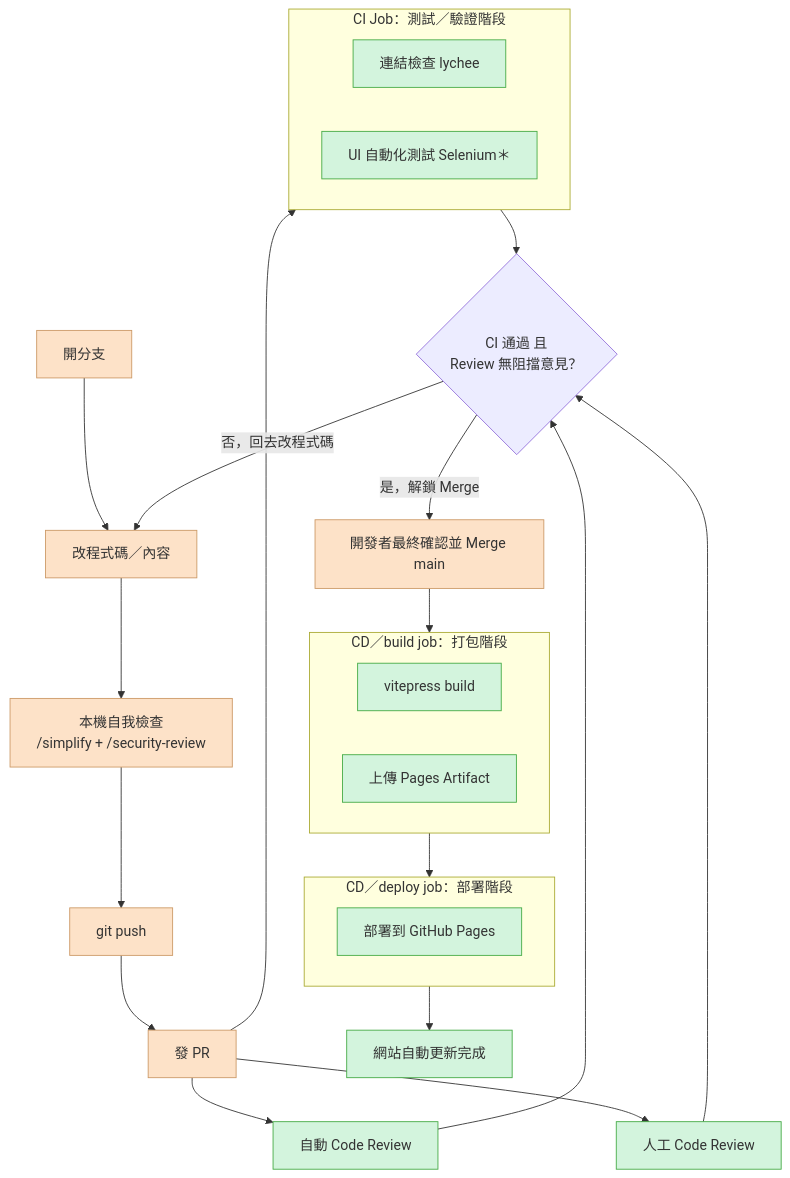
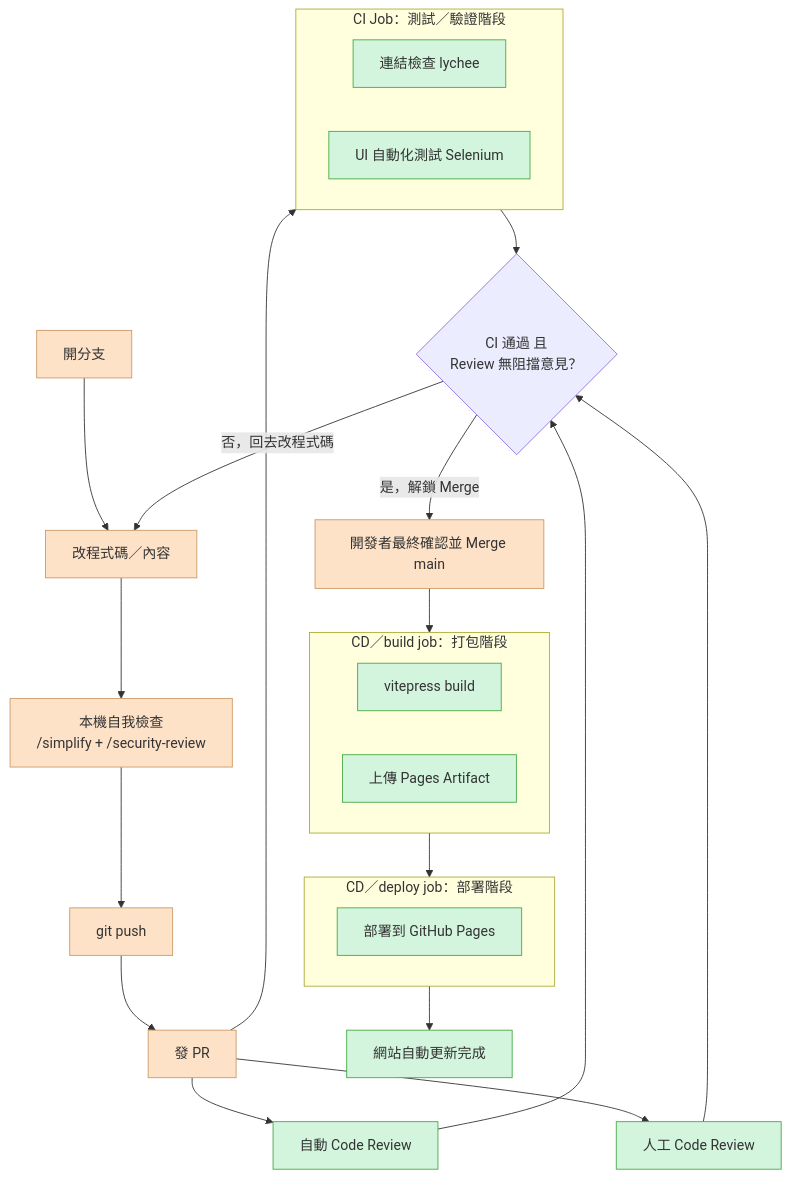
One commit to Study2Strong/Launch-Your-Vibe-Coding-Product changed the diagram in docs/index.md. Above: the diagram before and after it, drawn with Mermaid. The commit also changed other lines of this file and 4 other files, not shown here.

````diff
--- a/docs/index.md
+++ b/docs/index.md
@@ -33,38 +33,38 @@
 ```mermaid
 flowchart TD
     A[開分支] --> B[改程式碼／內容]
     B --> C["本機自我檢查<br/>/simplify + /security-review"]
     C --> D[git push]
     D --> E[發 PR]
 
     subgraph CI["CI Job：測試／驗證階段"]
         F1[連結檢查 lychee]
-        F2["UI 自動化測試 Selenium＊"]
+        F2["UI 自動化測試 Selenium"]
     end
 
     E --> CI
     E --> G[自動 Code Review]
     E --> H[人工 Code Review]
 
     CI --> I{"CI 通過 且<br/>Review 無阻擋意見？"}
     G --> I
     H --> I
     I -- 否，回去改程式碼 --> B
     I -- 是，解鎖 Merge --> J[開發者最終確認並 Merge main]
 
     subgraph CDBuild["CD／build job：打包階段"]
         K1[vitepress build]
         K2[上傳 Pages Artifact]
     end
     subgraph CDDeploy["CD／deploy job：部署階段"]
         K3[部署到 GitHub Pages]
     end
 
     J --> CDBuild --> CDDeploy
     CDDeploy --> L[網站自動更新完成]
 
     classDef manual fill:#fde2c8,stroke:#c96,color:#333;
     classDef auto fill:#d3f4dd,stroke:#4a4,color:#333;
     class A,B,C,D,E,J manual
     class F1,F2,G,H,K1,K2,K3,L auto
 ```
````
